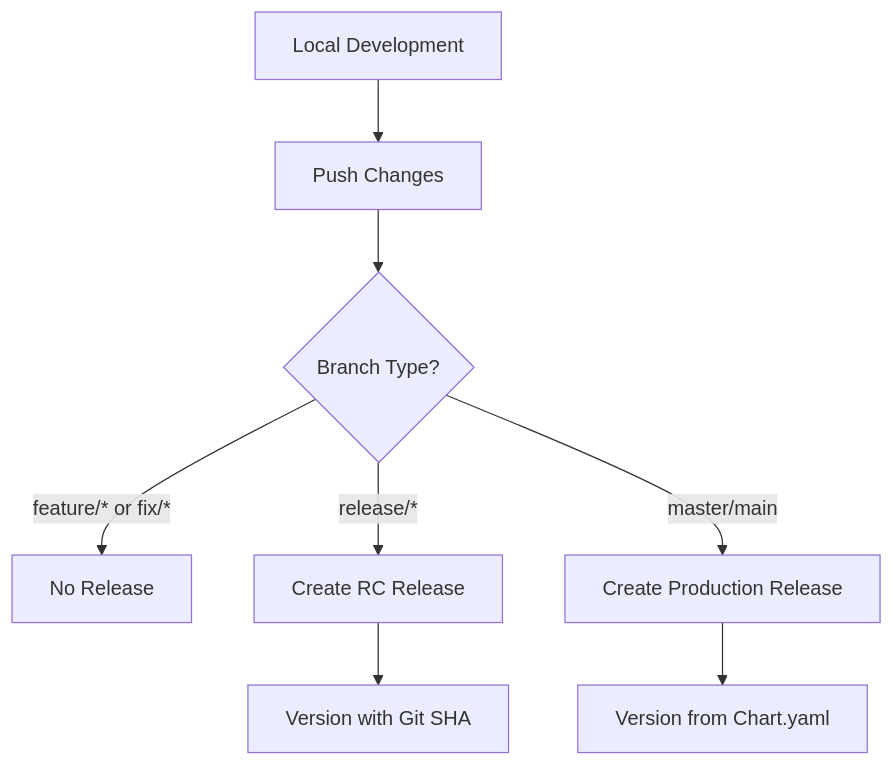
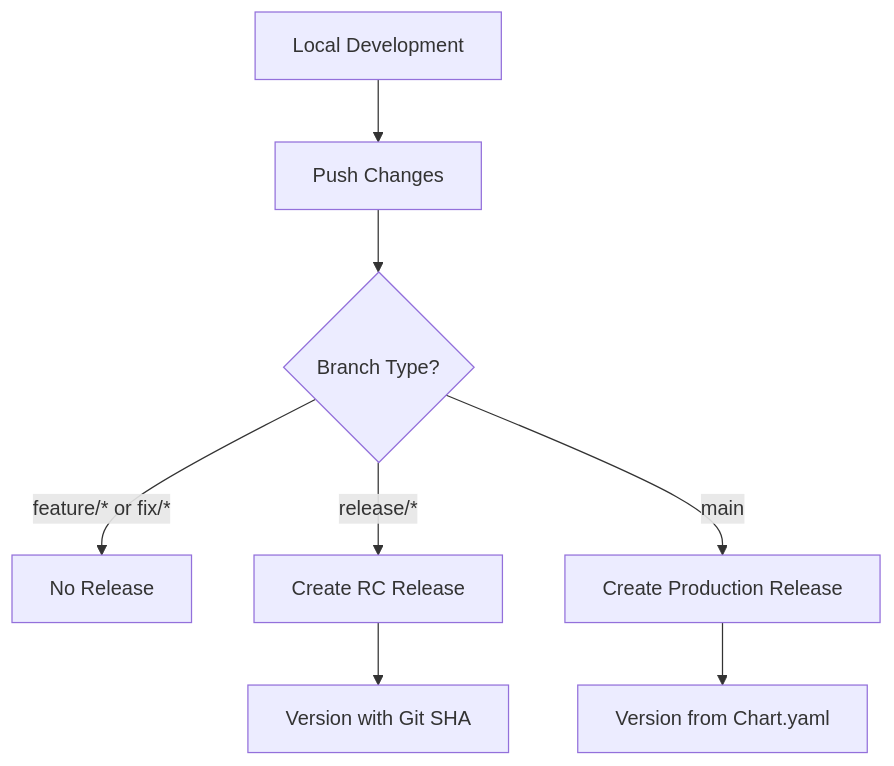
One commit to GomezTek/helm-charts changed the diagram in README.md. Above: the diagram before and after it, drawn with Mermaid. The commit also changed other lines of this file and 5 other files, not shown here.

````diff
--- a/README.md
+++ b/README.md
@@ -11,10 +11,10 @@
 ```mermaid
 graph TD
     A[Local Development] --> B[Push Changes]
     B --> C{Branch Type?}
     C -->|feature/* or fix/*| D[No Release]
     C -->|release/*| E[Create RC Release]
-    C -->|master/main| F[Create Production Release]
+    C -->|main| F[Create Production Release]
     E --> G[Version with Git SHA]
     F --> H[Version from Chart.yaml]
 ```
````
